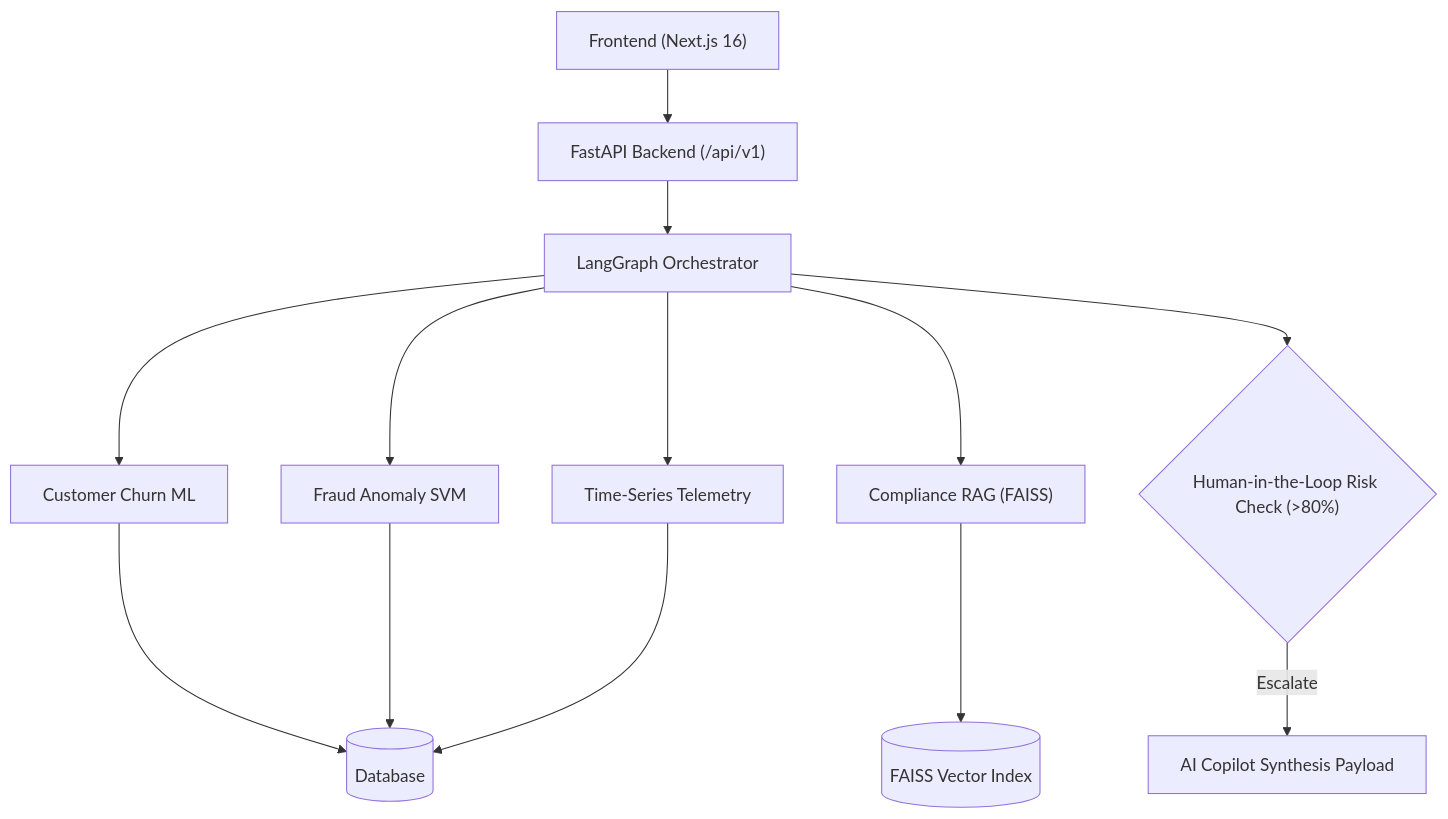
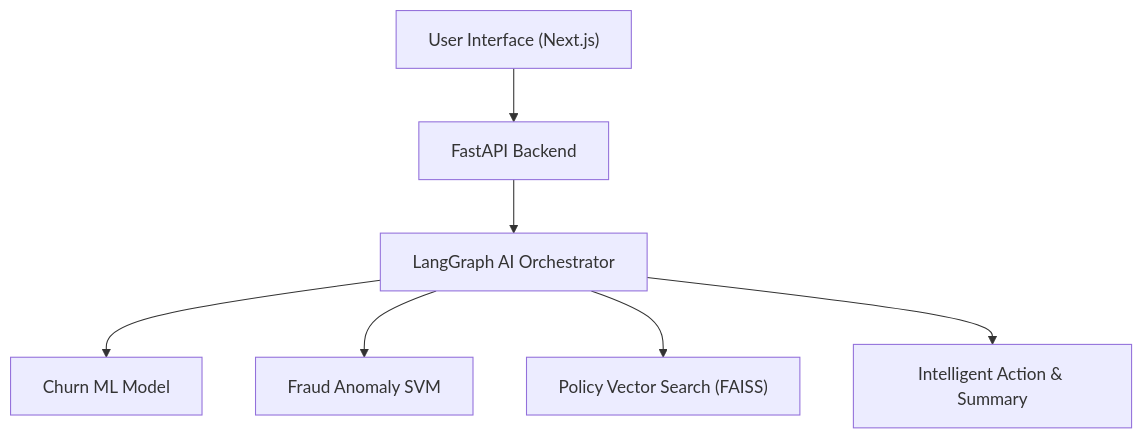
One commit to Tanvee1/banking-intelligence-platform changed the diagram in README.md. Above: the diagram before and after it, drawn with Mermaid. The commit also changed other lines of this file, not shown here.

Commit message:
docs: Rewrite README.md in simple plain language covering project overview, features & uses, architecture, and usage

````diff
--- a/README.md
+++ b/README.md
@@ -20,18 +40,9 @@
 ```mermaid
 flowchart TD
-    UI["Frontend (Next.js 16)"] --> API["FastAPI Backend (/api/v1)"]
-    API --> LangGraph["LangGraph Orchestrator"]
-    
-    LangGraph --> ChurnTool["Customer Churn ML"]
-    LangGraph --> FraudTool["Fraud Anomaly SVM"]
-    LangGraph --> FAISSTool["Compliance RAG (FAISS)"]
-    LangGraph --> TSTool["Time-Series Telemetry"]
-
-    ChurnTool --> DB[(Database)]
-    FraudTool --> DB
-    FAISSTool --> VectorStore[(FAISS Vector Index)]
-    TSTool --> DB
-
-    LangGraph --> HITL{"Human-in-the-Loop Risk Check (>80%)"}
-    HITL -- Escalate --> Output["AI Copilot Synthesis Payload"]
+    User["User Interface (Next.js)"] --> API["FastAPI Backend"]
+    API --> Agent["LangGraph AI Orchestrator"]
+    Agent --> Churn["Churn ML Model"]
+    Agent --> Fraud["Fraud Anomaly SVM"]
+    Agent --> RAG["Policy Vector Search (FAISS)"]
+    Agent --> Result["Intelligent Action & Summary"]
 ```
````
